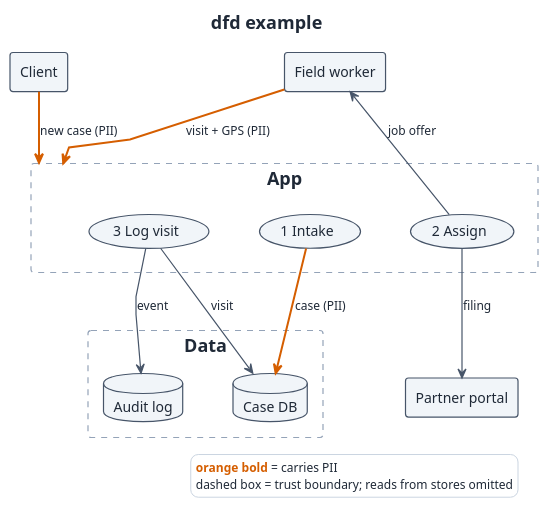
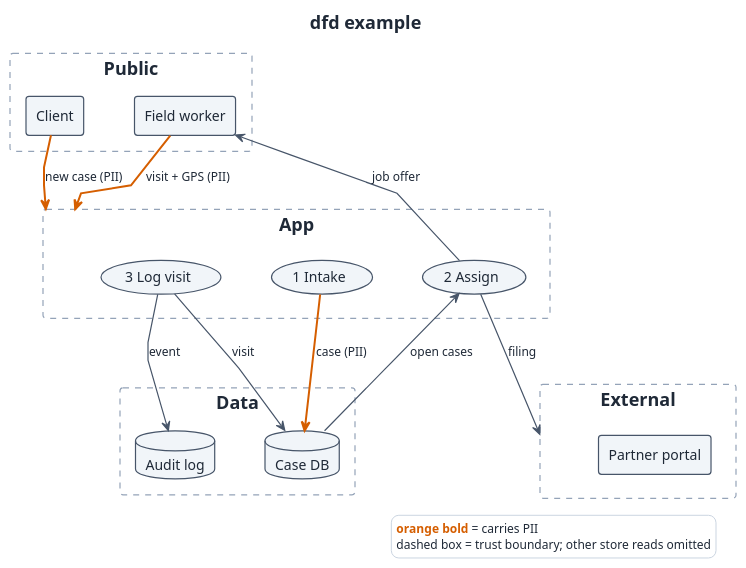
Before and after one commit to gregodouglas/plantuml-diagrams-skill: the diagram in skills/plantuml-diagrams/assets/templates/dfd.puml, drawn with PlantUML. The commit also changed 4 other files, not shown here.

First line of the commit message:
Address review: keep the trust boundaries, give Assign its input

```diff
--- a/skills/plantuml-diagrams/assets/templates/dfd.puml
+++ b/skills/plantuml-diagrams/assets/templates/dfd.puml
@@ -1,70 +1,74 @@
 @startuml
 ' ---- house style (slide) ----
 skinparam shadowing false
 skinparam defaultFontName Helvetica
 skinparam maxMessageSize 180
 skinparam wrapWidth 180
 <style>
 root {
   FontName Helvetica
   FontSize 14
   FontColor #1F2937
 }
 element { BackgroundColor #F1F5F9; LineColor #475569; LineThickness 1.2; RoundCorner 6 }
 arrow   { LineColor #475569; LineThickness 1.2; FontSize 12; MaximumWidth 180 }
 note    { BackgroundColor #FFF7E0; LineColor #B45309; FontSize 12; MaximumWidth 220 }
 title   { FontSize 18; FontStyle bold }
 caption { FontSize 12; FontColor #64748B }
 legend  { FontSize 12; BackgroundColor white; LineColor #CBD5E1; MaximumWidth 320 }
 .accent { BackgroundColor #1D4ED8; FontColor white; LineColor #1E3A8A }
 .alert  { BackgroundColor #FEE2E2; FontColor #7F1D1D; LineColor #B91C1C }
 .muted  { BackgroundColor #F8FAFC; FontColor #64748B; LineColor #CBD5E1 }
 .boundary { BackgroundColor transparent; LineColor #94A3B8; LineStyle 6; LineThickness 1.2 }
 </style>
 hide stereotype
 ' ---- layout (Graphviz dot) ----
 skinparam linetype polyline
 skinparam nodesep 50
 skinparam ranksep 60
 top to bottom direction
 
 ' ---- body ----
 title dfd example
 ' DFD notation: process = usecase (ellipse), external entity = rectangle, data store = database,
 ' trust boundary = rectangle <<boundary>> (dashed, from the style block); PII flows -[#D55E00,bold]-> and say (PII).
 ' DFD recipe: number processes (0, 1, 1.1); draw WRITES to stores and say "reads omitted" in the legend
-' when read-backs would loop around the diagram. Rows top-to-bottom (external entities / App / Data); write
-' upward flows with a flipped arrowhead (server <-- p2) so the rows hold. Keep one level per diagram:
+' when read-backs would loop around the diagram. Rows by zone, top-to-bottom (Public / App / Data+Third party);
+' write upward flows with a flipped arrowhead (server <-- p2) so the rows hold. Keep one level per diagram:
 ' level 0 (context) then one level-1 per process. Boundaries stay top-to-bottom even for slides (direction="tb").
-' External entities sit outside any boundary: a box per zone you do not control adds a row of height.
-' No same-rank flows between processes in a zone (p1 -> p2): Graphviz puts another process between them and the
-' flow loops over the zone title. Hand off through a store instead (reads omitted).
+' Hand-offs between processes in one zone: draw them through the store (p2 <-- db), not as a same-rank p1 -> p2;
+' Graphviz can put another process between the two, and the flow then loops over the zone title.
 
-rectangle "Client" as client
-rectangle "Field worker" as server
+rectangle "Public" as z_pub <<boundary>> {
+  rectangle "Client" as client
+  rectangle "Field worker" as server
+}
 rectangle "App" as z_app <<boundary>> {
   usecase "1 Intake" as p1
   usecase "2 Assign" as p2
   usecase "3 Log visit" as p3
 }
 rectangle "Data" as z_data <<boundary>> {
   database "Audit log" as audit
   database "Case DB" as db
 }
-rectangle "Partner portal" as court
+rectangle "External" as z_ext <<boundary>> {
+  rectangle "Partner portal" as court
+}
 
-' Flows that cross into a boundary target the ZONE (z_app); flows out to a node target the node.
+' Flows from outside into App or External target the ZONE (z_app, z_ext); flows to and from a store target the store.
 ' Short zone titles + zone-level links are what keeps edges off the titles (measured: 3 crossings -> 0).
 client -[#D55E00,bold]-> z_app : new case (PII)
 server -[#D55E00,bold]-> z_app : visit + GPS (PII)
+p2 <-- db : open cases
 server <-- p2 : job offer
 p1 -[#D55E00,bold]-> db : case (PII)
 p3 --> db : visit
 p3 --> audit : event
-p2 --> court : filing
+p2 --> z_ext : filing
 
 legend right
   <color:#D55E00><b>orange bold</b></color> = carries PII
-  dashed box = trust boundary; reads from stores omitted
+  dashed box = trust boundary; other store reads omitted
 endlegend
 @enduml
```
